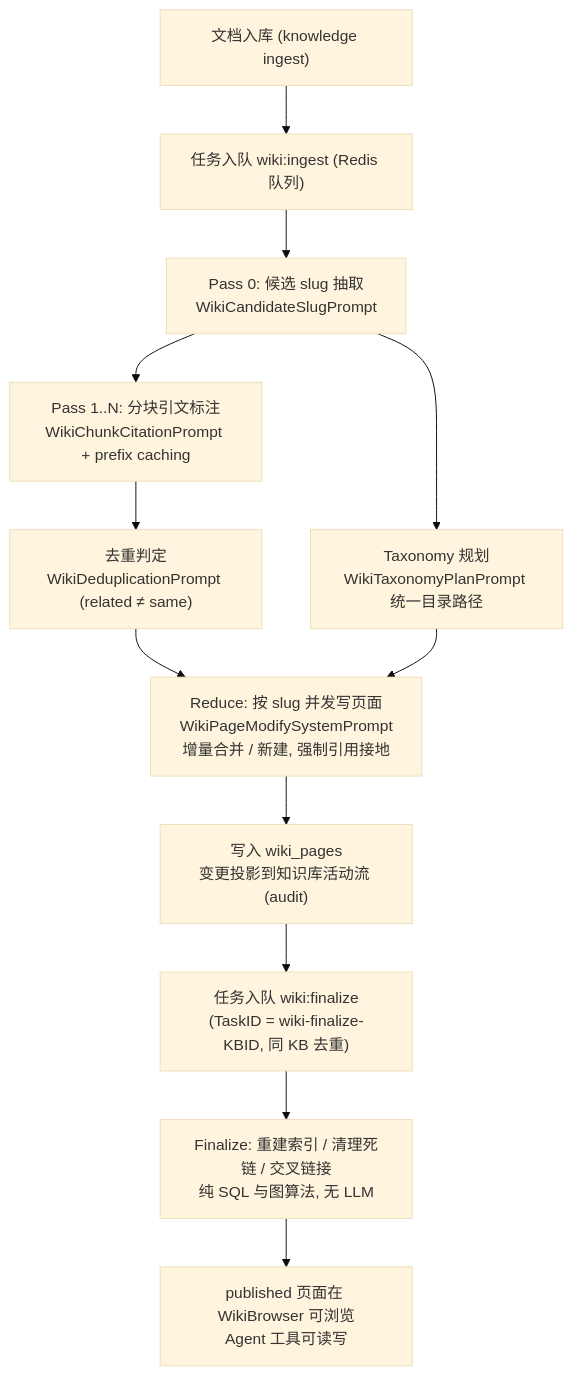
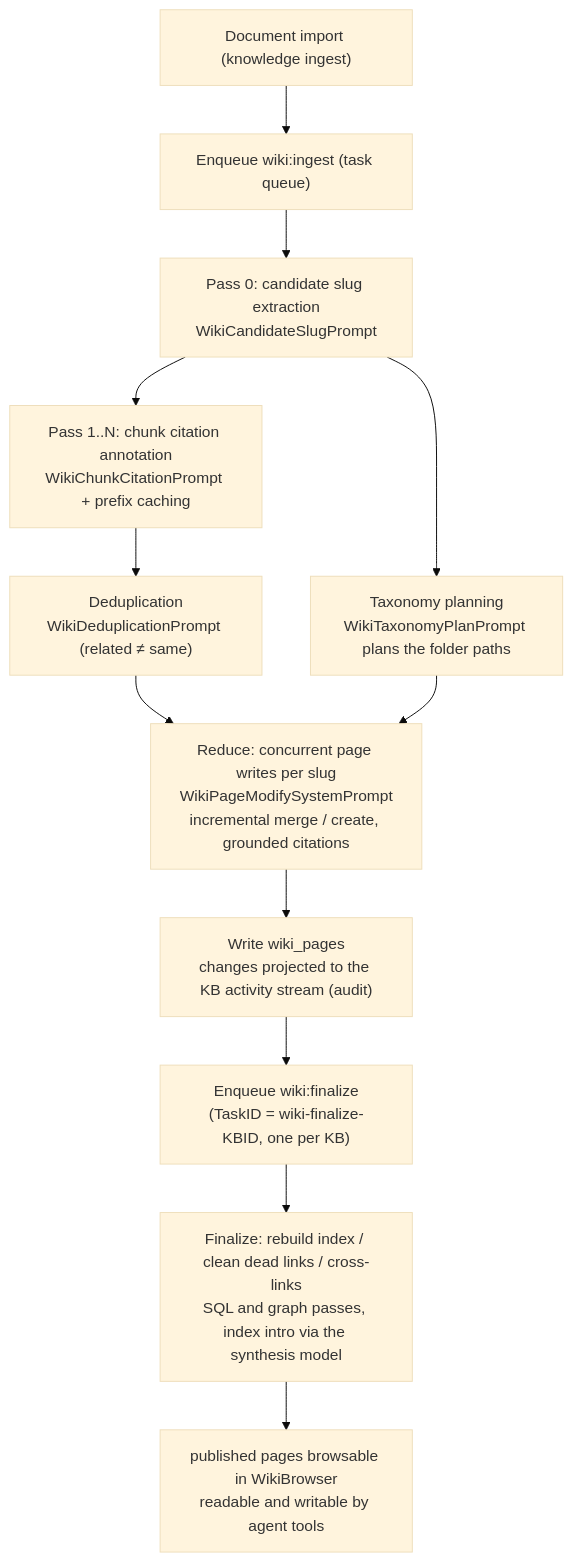
One commit to jrmatherly/ai-kb changed the diagram in website-docs/03-features/14-wiki.md. Above: the diagram before and after it, drawn with Mermaid (base theme). The commit also changed other lines of this file and 5 other files, not shown here.

````diff
--- a/website-docs/03-features/14-wiki.md
+++ b/website-docs/03-features/14-wiki.md
@@ -257,14 +267,14 @@
 ```mermaid
 flowchart TD
-    A["文档入库 (knowledge ingest)"] --> B["任务入队 wiki:ingest (Redis 队列)"]
-    B --> C["Pass 0: 候选 slug 抽取<br/>WikiCandidateSlugPrompt"]
-    C --> D["Taxonomy 规划<br/>WikiTaxonomyPlanPrompt 统一目录路径"]
-    C --> E["Pass 1..N: 分块引文标注<br/>WikiChunkCitationPrompt + prefix caching"]
-    E --> F["去重判定<br/>WikiDeduplicationPrompt (related ≠ same)"]
-    F --> G["Reduce: 按 slug 并发写页面<br/>WikiPageModifySystemPrompt<br/>增量合并 / 新建, 强制引用接地"]
+    A["Document import (knowledge ingest)"] --> B["Enqueue wiki:ingest (task queue)"]
+    B --> C["Pass 0: candidate slug extraction<br/>WikiCandidateSlugPrompt"]
+    C --> D["Taxonomy planning<br/>WikiTaxonomyPlanPrompt plans the folder paths"]
+    C --> E["Pass 1..N: chunk citation annotation<br/>WikiChunkCitationPrompt + prefix caching"]
+    E --> F["Deduplication<br/>WikiDeduplicationPrompt (related ≠ same)"]
+    F --> G["Reduce: concurrent page writes per slug<br/>WikiPageModifySystemPrompt<br/>incremental merge / create, grounded citations"]
     D --> G
-    G --> H["写入 wiki_pages<br/>变更投影到知识库活动流 (audit)"]
-    H --> I["任务入队 wiki:finalize<br/>(TaskID = wiki-finalize-KBID, 同 KB 去重)"]
-    I --> J["Finalize: 重建索引 / 清理死链 / 交叉链接<br/>纯 SQL 与图算法, 无 LLM"]
-    J --> K["published 页面在 WikiBrowser 可浏览<br/>Agent 工具可读写"]
+    G --> H["Write wiki_pages<br/>changes projected to the KB activity stream (audit)"]
+    H --> I["Enqueue wiki:finalize<br/>(TaskID = wiki-finalize-KBID, one per KB)"]
+    I --> J["Finalize: rebuild index / clean dead links / cross-links<br/>SQL and graph passes, index intro via the synthesis model"]
+    J --> K["published pages browsable in WikiBrowser<br/>readable and writable by agent tools"]
 ```
````
